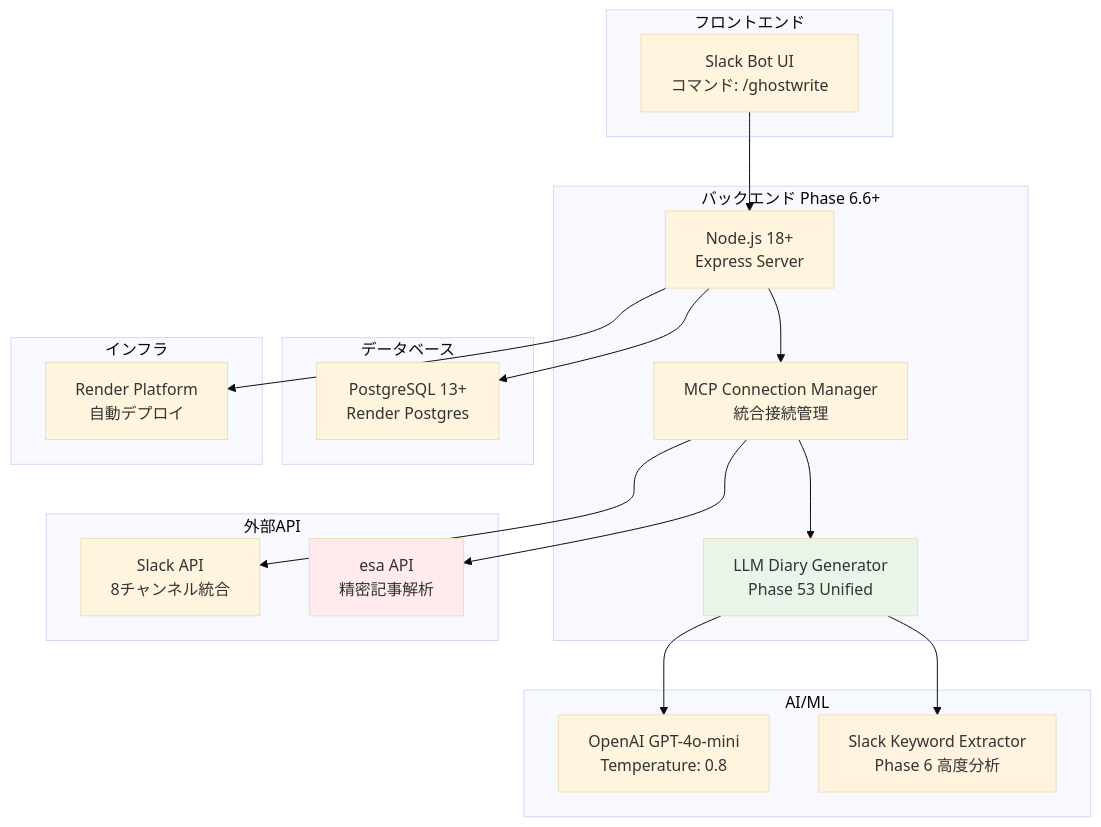
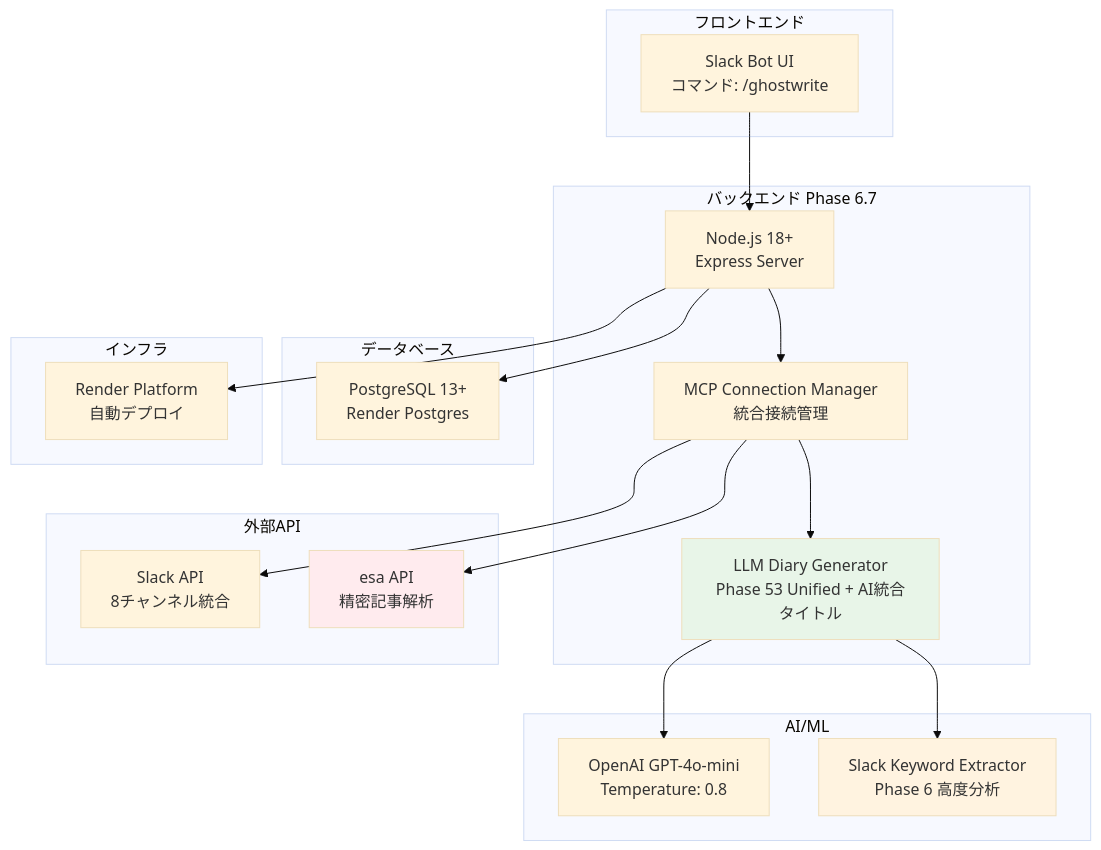
The second of 2 diagrams in README.md (esminc/ghostwriter-ai-system), drawn with Mermaid (base theme) before and after one commit. The commit also changed other lines of this file, not shown here.

First line of the commit message:
docs: README.md Phase 6.7更新と客観的表現への修正

````diff
--- a/README.md
+++ b/README.md
@@ -82,44 +91,44 @@
 ```mermaid
 graph TD
     subgraph "フロントエンド"
         F1[Slack Bot UI<br/>コマンド: /ghostwrite]
     end
     
-    subgraph "バックエンド Phase 6.6+"
+    subgraph "バックエンド Phase 6.7"
         B1[Node.js 18+<br/>Express Server]
         B2[MCP Connection Manager<br/>統合接続管理]
-        B3[LLM Diary Generator<br/>Phase 53 Unified]
+        B3[LLM Diary Generator<br/>Phase 53 Unified + AI統合タイトル]
     end
     
     subgraph "AI/ML"
         AI1[OpenAI GPT-4o-mini<br/>Temperature: 0.8]
         AI2[Slack Keyword Extractor<br/>Phase 6 高度分析]
     end
     
     subgraph "データベース"
         DB1[PostgreSQL 13+<br/>Render Postgres]
     end
     
     subgraph "外部API"
         API1[Slack API<br/>8チャンネル統合]
         API2[esa API<br/>精密記事解析]
     end
     
     subgraph "インフラ"
         INF1[Render Platform<br/>自動デプロイ]
     end
     
     F1 --> B1
     B1 --> B2
     B2 --> B3
     B3 --> AI1
     B3 --> AI2
     B1 --> DB1
     B2 --> API1
     B2 --> API2
     B1 --> INF1
     
     style B3 fill:#e8f5e8
     style AI2 fill:#fff3e0
     style API2 fill:#ffebee
 ```
````
